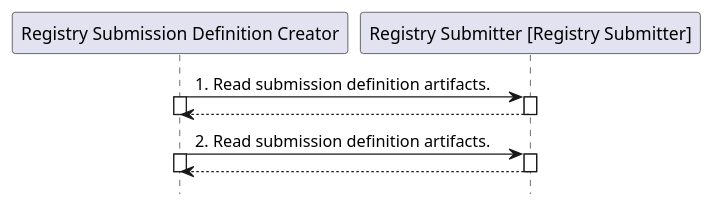
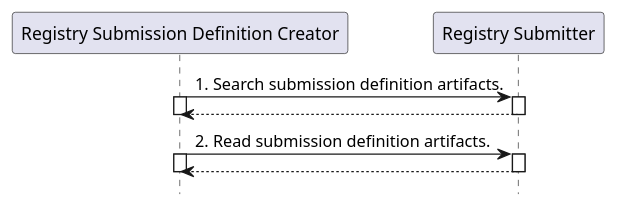
The diagram in input/images-source/usecaseReadSubmission-processflow.plantuml (HL7/fhir-registry-protocols-ig), drawn with PlantUML before and after one commit. The commit also changed 2 other files, not shown here.

```diff
--- a/input/images-source/usecaseReadSubmission-processflow.plantuml
+++ b/input/images-source/usecaseReadSubmission-processflow.plantuml
@@ -1,17 +1,17 @@
 @startuml
 hide footbox
 participant "Registry Submission Definition Creator" as RSDC
-participant "Registry Submitter [Registry Submitter]" as RS
-"RSDC" -> "RS" : 1. Read submission definition artifacts.
+participant "Registry Submitter" as RS
+"RSDC" -> "RS" : 1. Search submission definition artifacts.
 activate "RSDC"
 activate "RS"
 return
 deactivate "RSDC"
 deactivate "RS"
 "RSDC" -> "RS" : 2. Read submission definition artifacts.
 activate "RSDC"
 activate "RS"
 return
 deactivate "RSDC"
 deactivate "RS"
 @enduml
```
